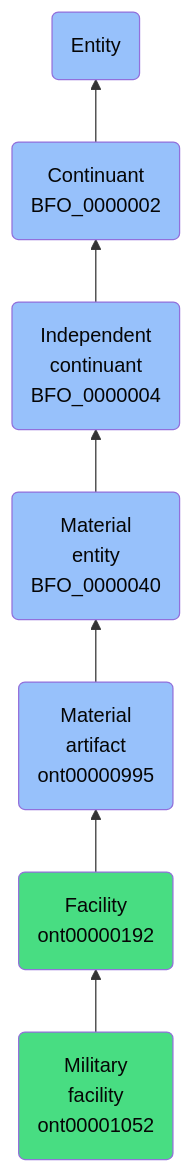
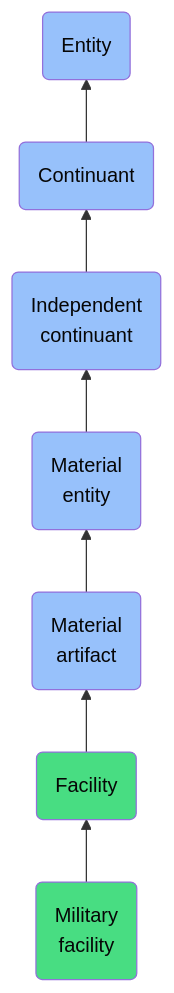
One commit to jupyter-naas/abi changed the diagram in docs/ontology/reference/model/Entity/Continuant/Independent continuant/Material entity/Material artifact/Facility/Military facility/Military facility.md. Above: the diagram before and after it, drawn with Mermaid. The commit also changed other lines of this file and 1430 other files, not shown here.

````diff
--- a/docs/ontology/reference/model/Entity/Continuant/Independent continuant/Material entity/Material artifact/Facility/Military facility/Military facility.md
+++ b/docs/ontology/reference/model/Entity/Continuant/Independent continuant/Material entity/Material artifact/Facility/Military facility/Military facility.md
@@ -24,14 +24,14 @@
 ```mermaid
 graph BT
-    ont00001052(Military<br>facility<br>ont00001052):::ABI-->ont00000192
-    ont00000192(Facility<br>ont00000192):::ABI-->ont00000995
-    ont00000995(Material<br>artifact<br>ont00000995):::BFO-->BFO_0000040
-    BFO_0000040(Material<br>entity<br>BFO_0000040):::BFO-->BFO_0000004
-    BFO_0000004(Independent<br>continuant<br>BFO_0000004):::BFO-->BFO_0000002
-    BFO_0000002(Continuant<br>BFO_0000002):::BFO-->BFO_0000001
+    ont00001052(Military<br>facility):::ABI-->ont00000192
+    ont00000192(Facility):::ABI-->ont00000995
+    ont00000995(Material<br>artifact):::BFO-->BFO_0000040
+    BFO_0000040(Material<br>entity):::BFO-->BFO_0000004
+    BFO_0000004(Independent<br>continuant):::BFO-->BFO_0000002
+    BFO_0000002(Continuant):::BFO-->BFO_0000001
     BFO_0000001(Entity):::BFO
     
     classDef BFO fill:#97c1fb,color:#060606
     classDef CCO fill:#e4c51e,color:#060606
     classDef ABI fill:#48DD82,color:#060606
 ```
````
